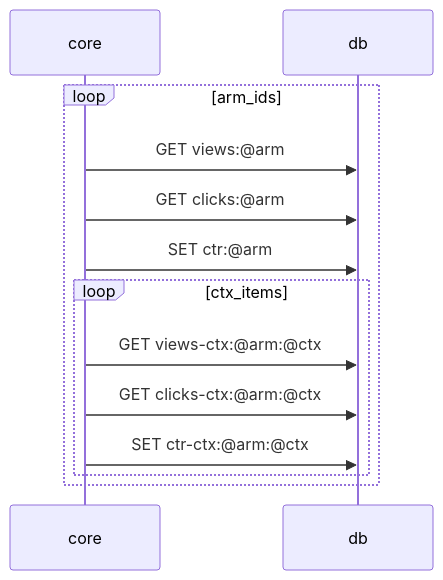
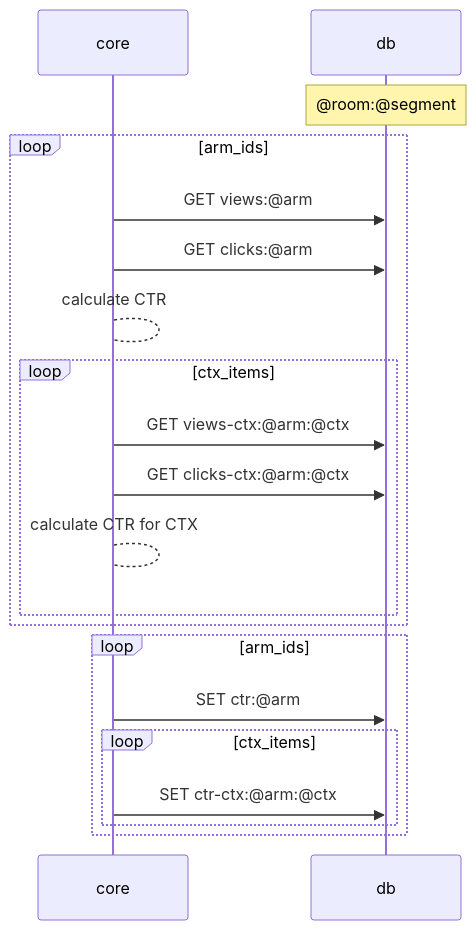
Before and after one commit to mobarski/kraken: the first of 3 diagrams in README.md, drawn with Mermaid. The commit also changed other lines of this file, not shown here.

````diff
--- a/README.md
+++ b/README.md
@@ -51,19 +57,26 @@
 ```mermaid
 sequenceDiagram
+
+participant core
+participant db
+note over db : @room:@segment
 
 loop arm_ids
 core ->> db : GET views:@arm
 core ->> db : GET clicks:@arm
-core ->> db : SET ctr:@arm
-
+core --> core : calculate CTR
 loop ctx_items
 core ->> db : GET views-ctx:@arm:@ctx
 core ->> db : GET clicks-ctx:@arm:@ctx
+core --> core : calculate CTR for CTX
+end
+end
+
+loop arm_ids
+core ->> db : SET ctr:@arm
+loop ctx_items
 core ->> db : SET ctr-ctx:@arm:@ctx
 end
-
 end
 
-
-
 ```
````
